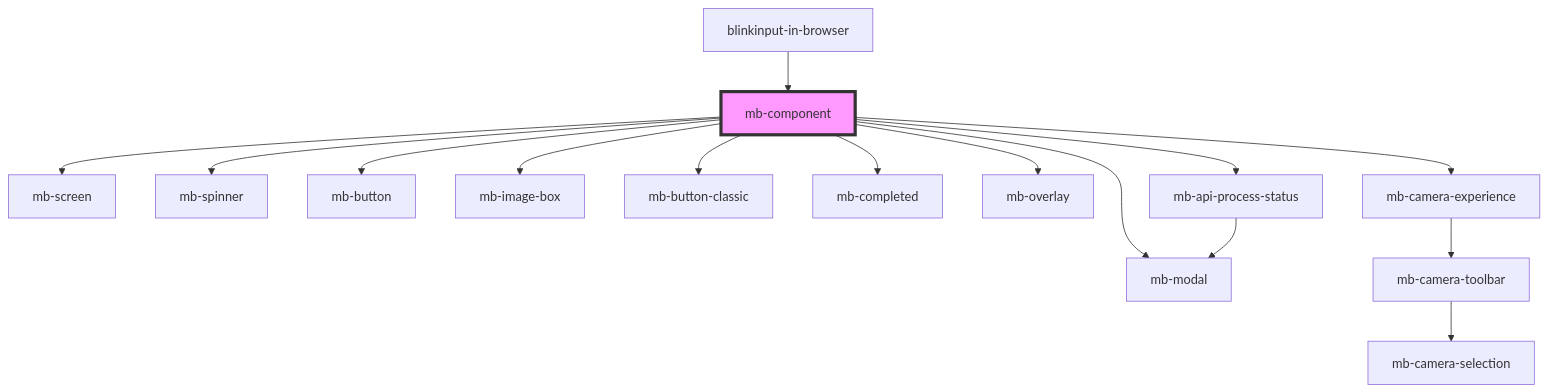
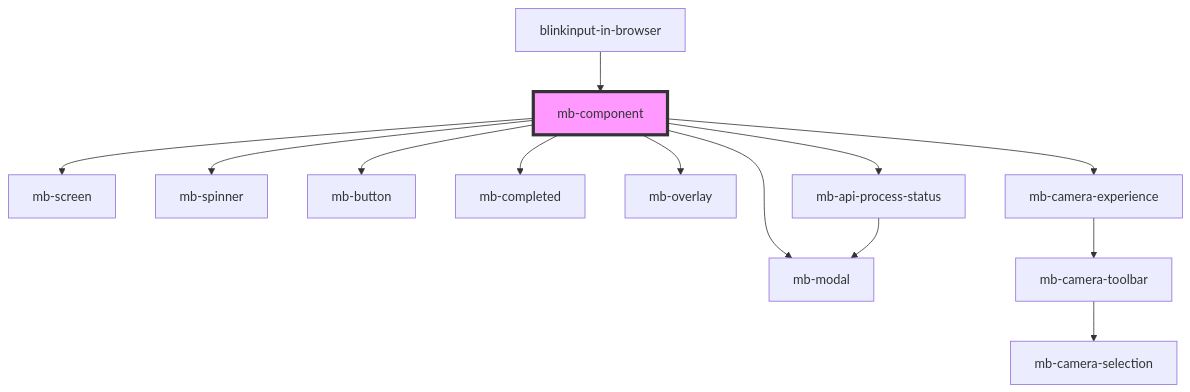
One commit to blinkinput/blinkinput-in-browser changed the diagram in ui/docs/components/shared/mb-component/readme.md. Above: the diagram before and after it, drawn with Mermaid. The commit also changed other lines of this file and 77 other files, not shown here.

````diff
--- a/ui/docs/components/shared/mb-component/readme.md
+++ b/ui/docs/components/shared/mb-component/readme.md
@@ -93,18 +113,16 @@
 ```mermaid
 graph TD;
   mb-component --> mb-screen
   mb-component --> mb-spinner
   mb-component --> mb-button
-  mb-component --> mb-image-box
-  mb-component --> mb-button-classic
   mb-component --> mb-completed
   mb-component --> mb-overlay
   mb-component --> mb-modal
   mb-component --> mb-camera-experience
   mb-component --> mb-api-process-status
   mb-camera-experience --> mb-camera-toolbar
   mb-camera-toolbar --> mb-camera-selection
   mb-api-process-status --> mb-modal
   blinkinput-in-browser --> mb-component
   style mb-component fill:#f9f,stroke:#333,stroke-width:4px
 ```
````
